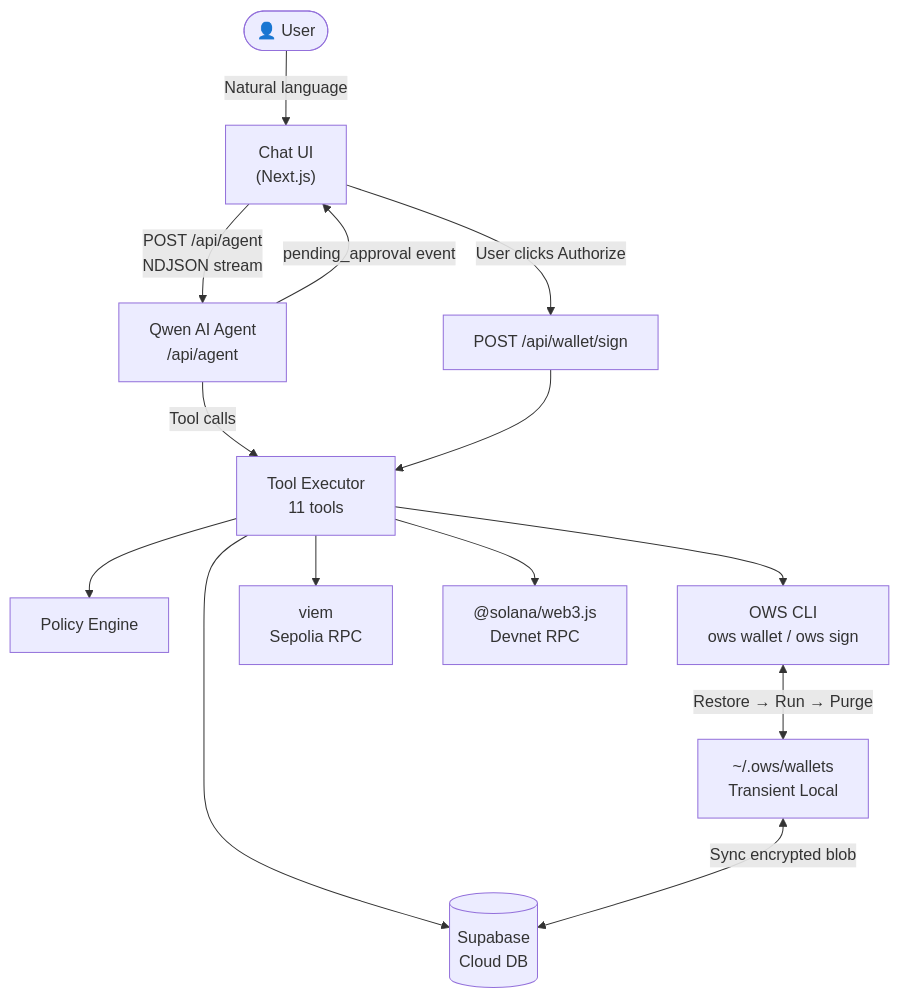
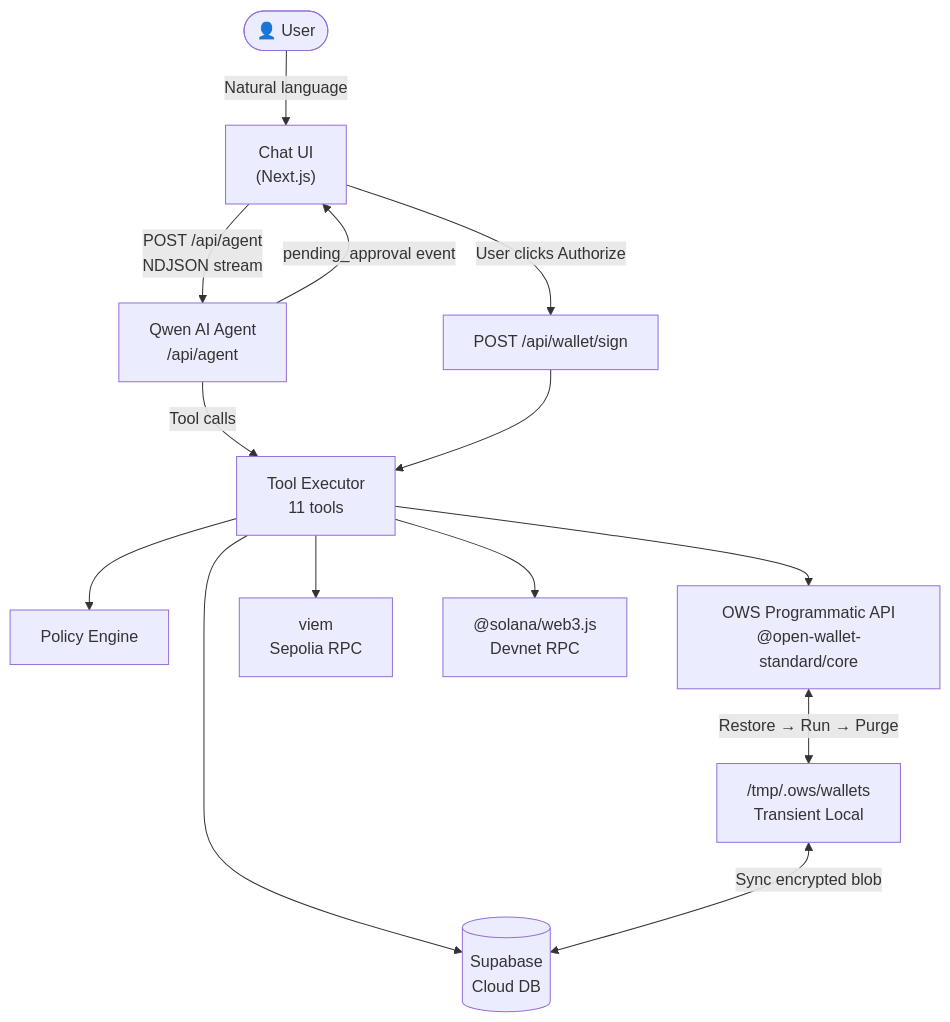
One commit to dnebayis/OWSTreasury changed the first of 3 diagrams in README.md. Above: the diagram before and after it, drawn with Mermaid. The commit also changed other lines of this file and 2 other files, not shown here.

````diff
--- a/README.md
+++ b/README.md
@@ -13,31 +13,31 @@
 ```mermaid
 flowchart TD
     User(["👤 User"])
     Chat["Chat UI\n(Next.js)"]
     Agent["Qwen AI Agent\n/api/agent"]
     Executor["Tool Executor\n11 tools"]
     Policy["Policy Engine"]
-    OWS["OWS CLI\nows wallet / ows sign"]
+    OWS["OWS Programmatic API\n@open-wallet-standard/core"]
     EVM["viem\nSepolia RPC"]
     SOL["@solana/web3.js\nDevnet RPC"]
     DB[("Supabase\nCloud DB")]
-    Vault["~/.ows/wallets\nTransient Local"]
+    Vault["/tmp/.ows/wallets\nTransient Local"]
     SignAPI["POST /api/wallet/sign"]
 
     User -->|"Natural language"| Chat
     Chat -->|"POST /api/agent\nNDJSON stream"| Agent
     Agent -->|"Tool calls"| Executor
 
     Executor --> Policy
     Executor --> OWS
     Executor --> EVM
     Executor --> SOL
     Executor --> DB
 
     OWS <-->|"Restore → Run → Purge"| Vault
     Vault <-->|"Sync encrypted blob"| DB
 
     Agent -->|"pending_approval event"| Chat
     Chat -->|"User clicks Authorize"| SignAPI
     SignAPI --> Executor
 ```
````
